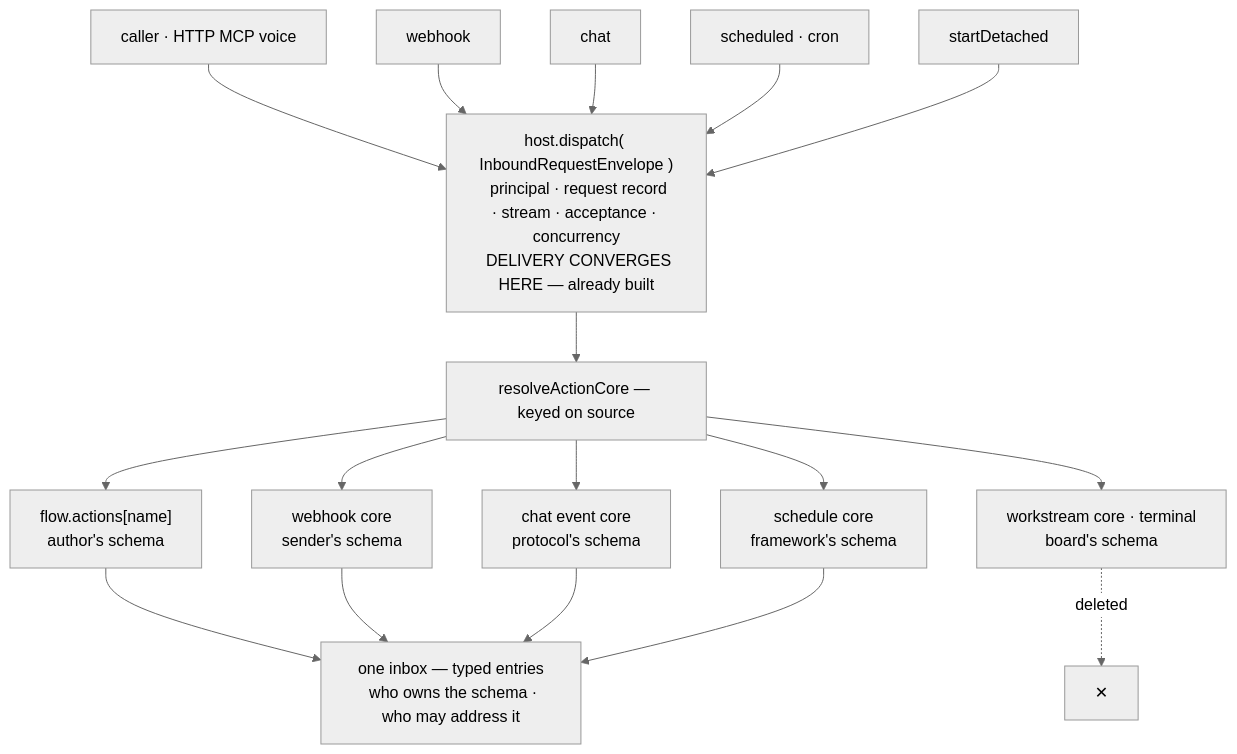
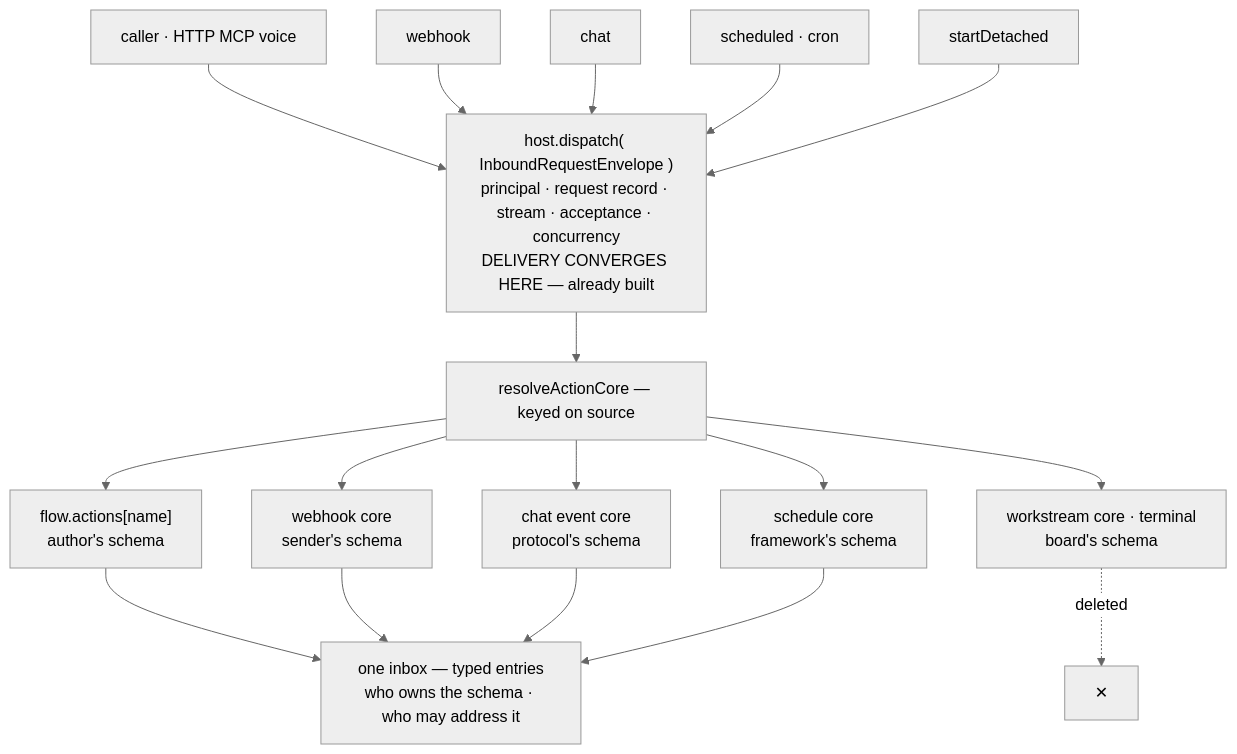
One commit to fixpoint-labs/flow-state-dev changed the first of 2 diagrams in docs/internal/design/tasks-replace-workstreams.md. Above: the diagram before and after it, drawn with Mermaid (neutral theme). The commit also changed other lines of this file, not shown here.

First line of the commit message:
docs(design): fix mermaid line breaks in the two new diagrams

````diff
--- a/docs/internal/design/tasks-replace-workstreams.md
+++ b/docs/internal/design/tasks-replace-workstreams.md
@@ -123,31 +123,23 @@
 ```mermaid
 flowchart TB
   caller["caller · HTTP MCP voice"] --> door
   wh["webhook"] --> door
   chat["chat"] --> door
   sch["scheduled · cron"] --> door
   det["startDetached"] --> door
 
-  door["host.dispatch( InboundRequestEnvelope )
-  principal · request record · stream · acceptance · concurrency
-  DELIVERY CONVERGES HERE — already built"]
+  door["host.dispatch( InboundRequestEnvelope )<br/>principal · request record · stream · acceptance · concurrency<br/>DELIVERY CONVERGES HERE — already built"]
 
   door --> r["resolveActionCore — keyed on source"]
-  r --> m1["flow.actions[name]
-  author's schema"]
-  r --> m2["webhook core
-  sender's schema"]
-  r --> m3["chat event core
-  protocol's schema"]
-  r --> m4["schedule core
-  framework's schema"]
-  r --> m5["workstream core · terminal
-  board's schema"]
+  r --> m1["flow.actions[name]<br/>author's schema"]
+  r --> m2["webhook core<br/>sender's schema"]
+  r --> m3["chat event core<br/>protocol's schema"]
+  r --> m4["schedule core<br/>framework's schema"]
+  r --> m5["workstream core · terminal<br/>board's schema"]
 
-  m1 --> one["one inbox — typed entries
-  who owns the schema · who may address it"]
+  m1 --> one["one inbox — typed entries<br/>who owns the schema · who may address it"]
   m2 --> one
   m3 --> one
   m4 --> one
   m5 -.->|deleted| gone["✕"]
 ```
````
